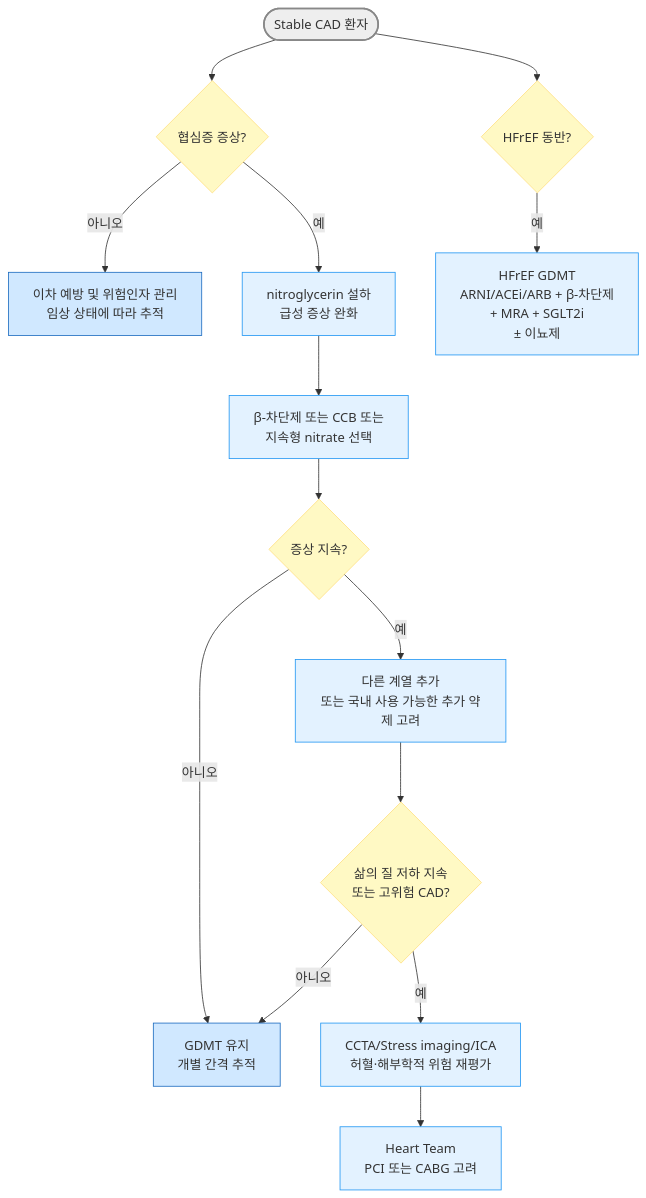
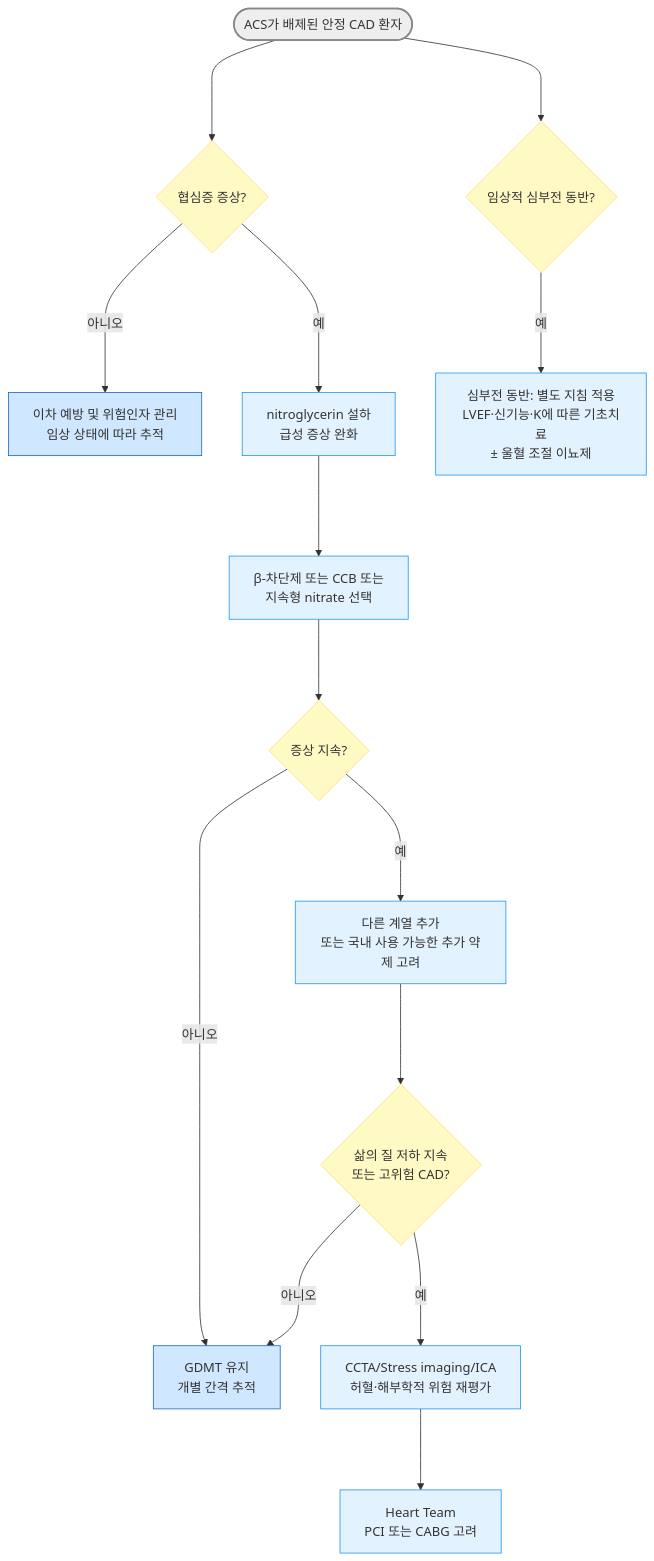
Before and after one commit to familyoh77/familyoh77: the third of 3 diagrams in 225_/097_-angina-pectoris.md, drawn with Mermaid. The commit also changed other lines of this file and 3 other files, not shown here.

````diff
--- a/225_/097_-angina-pectoris.md
+++ b/225_/097_-angina-pectoris.md
@@ -648,24 +666,24 @@
 ```mermaid
 graph TD
-    A([Stable CAD 환자]) --> B{협심증 증상?}
-    B -- 아니오 --> C[이차 예방 및 위험인자 관리<br/>임상 상태에 따라 추적]
-    B -- 예 --> D[nitroglycerin 설하<br/>급성 증상 완화]
-    D --> E[β-차단제 또는 CCB 또는<br/>지속형 nitrate 선택]
-    E --> F{증상 지속?}
-    F -- 아니오 --> G[GDMT 유지<br/>개별 간격 추적]
-    F -- 예 --> H[다른 계열 추가<br/>또는 국내 사용 가능한 추가 약제 고려]
-    H --> I{삶의 질 저하 지속<br/>또는 고위험 CAD?}
-    I -- 아니오 --> G
-    I -- 예 --> J[CCTA/Stress imaging/ICA<br/>허혈·해부학적 위험 재평가]
-    J --> K[Heart Team<br/>PCI 또는 CABG 고려]
-    A --> L{HFrEF 동반?}
-    L -- 예 --> M[HFrEF GDMT<br/>ARNI/ACEi/ARB + β-차단제<br/>+ MRA + SGLT2i<br/>± 이뇨제]
+    A([ACS가 배제된 안정 CAD 환자]) ---> B{협심증 증상?}
+    B -- 아니오 ---> C[이차 예방 및 위험인자 관리<br/>임상 상태에 따라 추적]
+    B -- 예 ---> D[nitroglycerin 설하<br/>급성 증상 완화]
+    D ---> E[β-차단제 또는 CCB 또는<br/>지속형 nitrate 선택]
+    E ---> F{증상 지속?}
+    F -- 아니오 ---> G[GDMT 유지<br/>개별 간격 추적]
+    F -- 예 ---> H[다른 계열 추가<br/>또는 국내 사용 가능한 추가 약제 고려]
+    H ---> I{삶의 질 저하 지속<br/>또는 고위험 CAD?}
+    I -- 아니오 ---> G
+    I -- 예 ---> J[CCTA/Stress imaging/ICA<br/>허혈·해부학적 위험 재평가]
+    J ---> K[Heart Team<br/>PCI 또는 CABG 고려]
+    A ---> L{임상적 심부전 동반?}
+    L -- 예 ---> M[심부전 동반: 별도 지침 적용<br/>LVEF·신기능·K에 따른 기초치료<br/>± 울혈 조절 이뇨제]
 
 style A fill:#eeeeee,stroke:#888888,stroke-width:2px
 classDef yellow fill:#fff9c4,stroke:#ffe082
 class B,F,I,L yellow
 classDef sky fill:#e3f2ff,stroke:#2196f3
 class D,E,H,J,K,M sky
 classDef blue fill:#d0e8ff,stroke:#1a6abf
 class C,G blue
 ```
````
